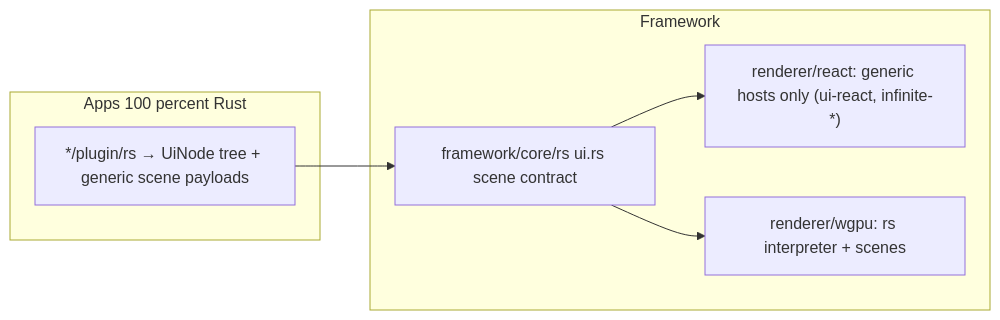
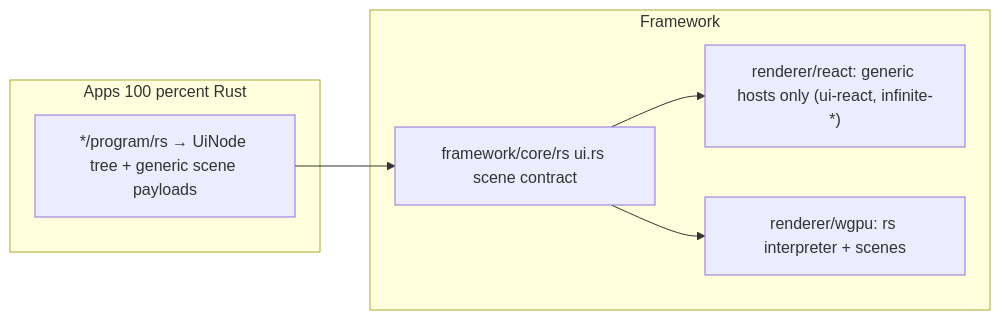
One commit to usalu/semio changed the diagram in .cursor/plans/rust-only_apps_migration_861de551.plan.md. Above: the diagram before and after it, drawn with Mermaid. The commit also changed other lines of this file and 1361 other files, not shown here.

````diff
--- a/.cursor/plans/rust-only_apps_migration_861de551.plan.md
+++ b/.cursor/plans/rust-only_apps_migration_861de551.plan.md
@@ -46,13 +46,13 @@
 ```mermaid
 flowchart LR
   subgraph apps [Apps 100 percent Rust]
-    Plugin["*/plugin/rs → UiNode tree + generic scene payloads"]
+    Plugin["*/program/rs → UiNode tree + generic scene payloads"]
   end
   subgraph fw [Framework]
     Core["framework/core/rs ui.rs scene contract"]
     ReactR["renderer/react: generic hosts only (ui-react, infinite-*)"]
     WgpuR["renderer/wgpu: rs interpreter + scenes"]
   end
   Plugin --> Core --> ReactR
   Core --> WgpuR
 ```
````
